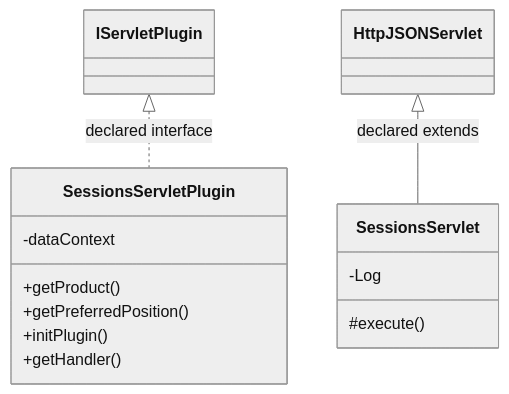
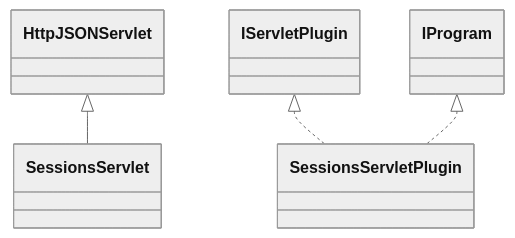
One commit to haruperi/HaruQuantAI changed the diagram in docs/sqx/DataManager/DataManagerSessions.md. Above: the diagram before and after it, drawn with Mermaid (neutral theme). The commit also changed other lines of this file and 1688 other files, not shown here.

````diff
--- a/docs/sqx/DataManager/DataManagerSessions.md
+++ b/docs/sqx/DataManager/DataManagerSessions.md
@@ -30,18 +26,11 @@
 ```mermaid
 classDiagram
-    class C83493e96b943["SessionsServlet"] {
-        -Log
-        #execute()
-    }
-    class C9a0560d4ce0b["SessionsServletPlugin"] {
-        -dataContext
-        +getProduct()
-        +getPreferredPosition()
-        +initPlugin()
-        +getHandler()
-    }
-    class C249b5c671b1a["IServletPlugin"]
-    class C8900f90ae594["HttpJSONServlet"]
-    C8900f90ae594 <|-- C83493e96b943 : declared extends
-    C249b5c671b1a <|.. C9a0560d4ce0b : declared interface
+    class C0["SessionsServlet"]
+    class C1["SessionsServletPlugin"]
+    class E0["HttpJSONServlet"]
+    E0 <|-- C0
+    class E1["IServletPlugin"]
+    E1 <|.. C1
+    class E2["IProgram"]
+    E2 <|.. C1
 ```
````
